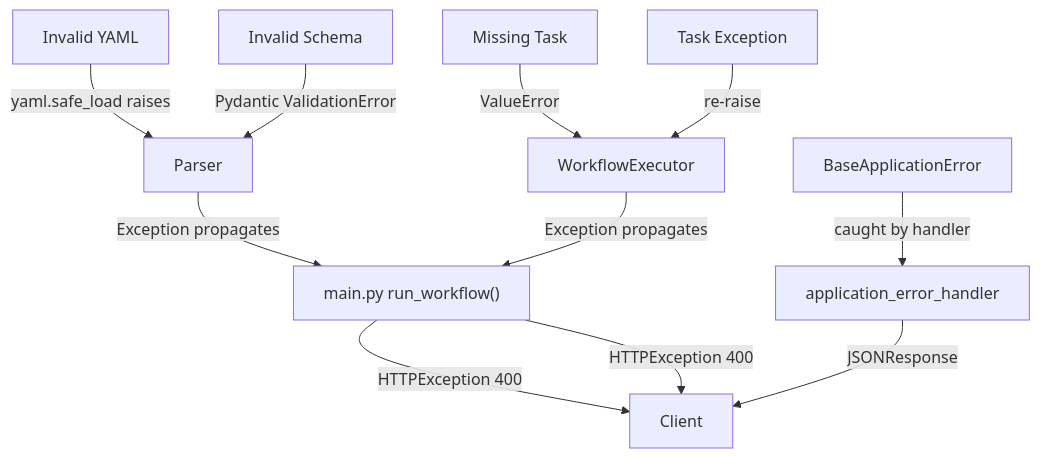
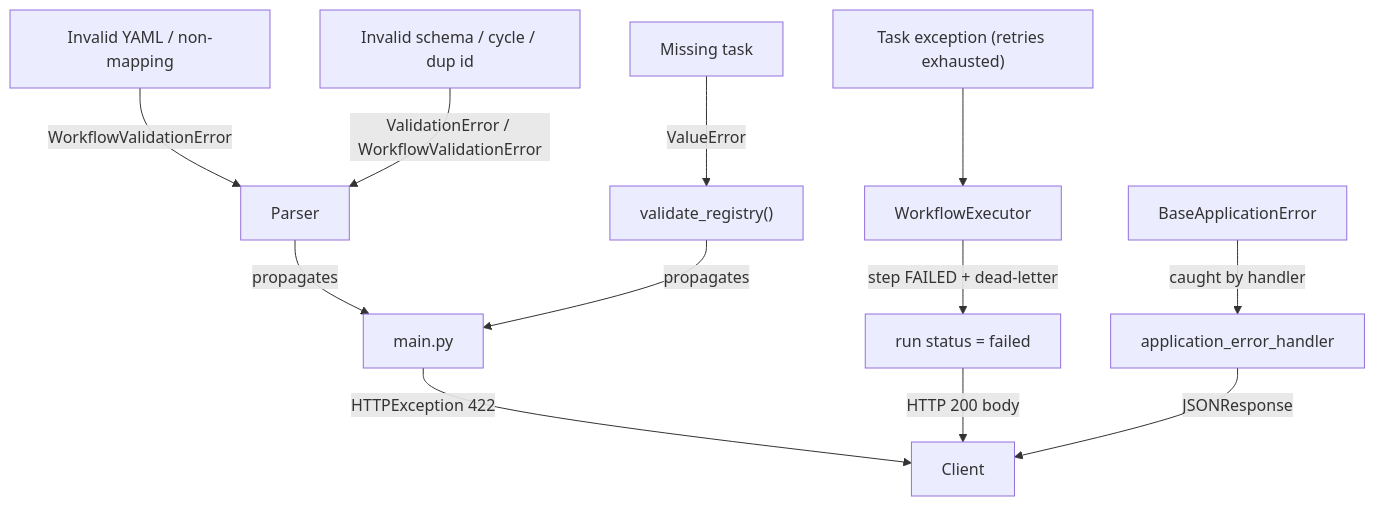
One commit to FishRaposo/async-workflow-engine changed the sixth of 6 diagrams in docs/architecture.md. Above: the diagram before and after it, drawn with Mermaid. The commit also changed other lines of this file and 93 other files, not shown here.

````diff
--- a/docs/architecture.md
+++ b/docs/architecture.md
@@ -208,15 +215,17 @@
 ```mermaid
 graph TD
-    YAML["Invalid YAML"] -->|yaml.safe_load raises| Parser
-    Schema["Invalid Schema"] -->|Pydantic ValidationError| Parser
-    Parser -->|Exception propagates| API["main.py run_workflow()"]
-    API -->|HTTPException 400| Client
+    YAML["Invalid YAML / non-mapping"] -->|WorkflowValidationError| Parser
+    Schema["Invalid schema / cycle / dup id"] -->|ValidationError / WorkflowValidationError| Parser
+    Parser -->|propagates| API["main.py"]
+    API -->|HTTPException 422| Client
 
-    Missing["Missing Task"] -->|ValueError| Executor["WorkflowExecutor"]
-    TaskErr["Task Exception"] -->|re-raise| Executor
-    Executor -->|Exception propagates| API
-    API -->|HTTPException 400| Client
+    Missing["Missing task"] -->|ValueError| Validate["validate_registry()"]
+    Validate -->|propagates| API
+
+    TaskErr["Task exception (retries exhausted)"] --> Exec["WorkflowExecutor"]
+    Exec -->|step FAILED + dead-letter| Run["run status = failed"]
+    Run -->|HTTP 200 body| Client
 
     AppErr["BaseApplicationError"] -->|caught by handler| Handler["application_error_handler"]
     Handler -->|JSONResponse| Client
 ```
````
